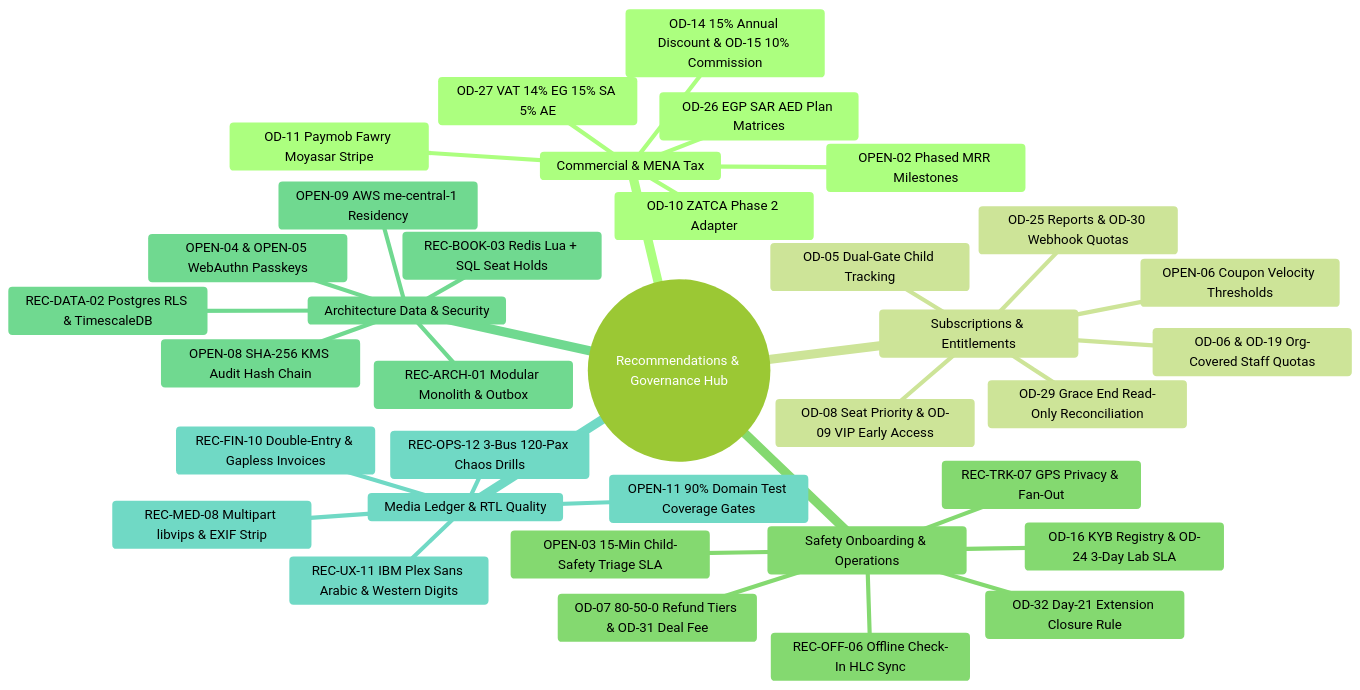
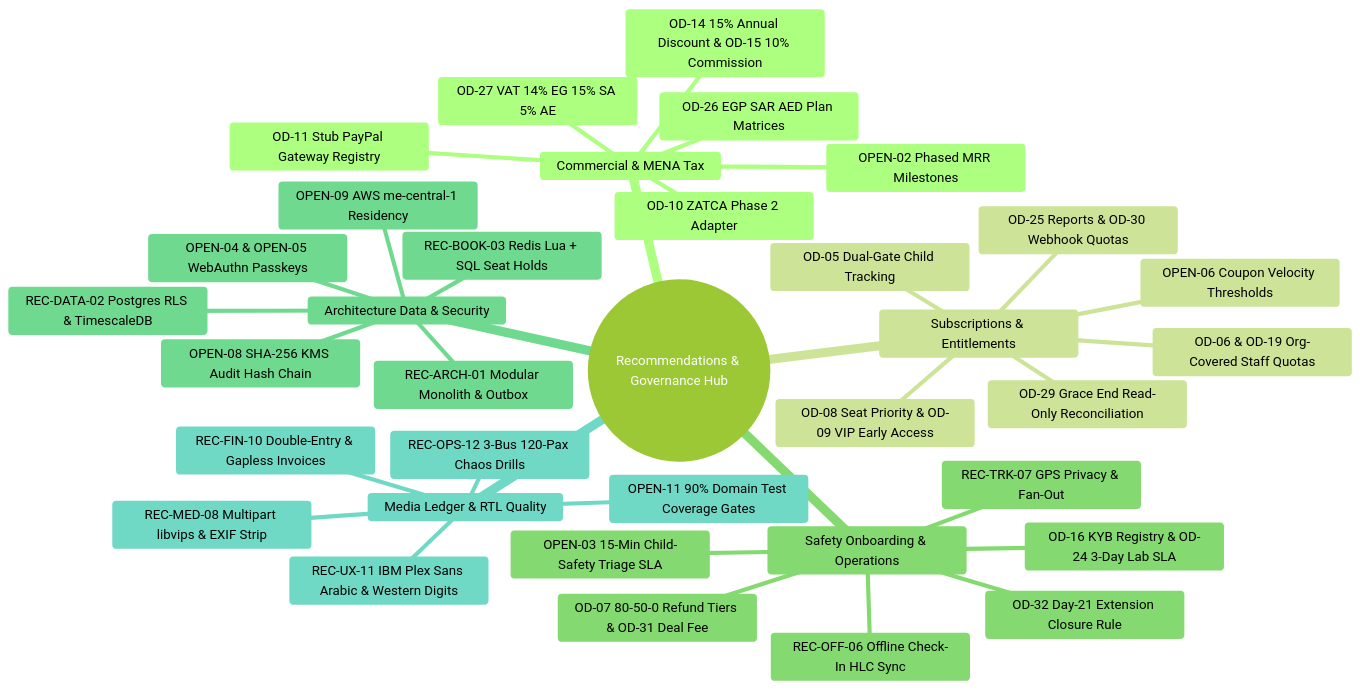
The diagram in content/docs/recommendations/index.mdx (mohamedhabibwork/trips-enjoy-docs), drawn with Mermaid (forest theme) before and after one commit. The commit also changed other lines of this file and 117 other files, not shown here.

````diff
--- a/content/docs/recommendations/index.mdx
+++ b/content/docs/recommendations/index.mdx
@@ -64,38 +64,38 @@
 ```mermaid
 mindmap
   root(("Recommendations & Governance Hub"))
     Commercial & MENA Tax
       OD-26 EGP SAR AED Plan Matrices
       OD-27 VAT 14% EG 15% SA 5% AE
       OD-10 ZATCA Phase 2 Adapter
-      OD-11 Paymob Fawry Moyasar Stripe
+      OD-11 Stub PayPal Gateway Registry
       OD-14 15% Annual Discount & OD-15 10% Commission
       OPEN-02 Phased MRR Milestones
     Subscriptions & Entitlements
       OD-29 Grace End Read-Only Reconciliation
       OD-05 Dual-Gate Child Tracking
       OD-06 & OD-19 Org-Covered Staff Quotas
       OD-08 Seat Priority & OD-09 VIP Early Access
       OD-25 Reports & OD-30 Webhook Quotas
       OPEN-06 Coupon Velocity Thresholds
     Safety Onboarding & Operations
       OD-32 Day-21 Extension Closure Rule
       OPEN-03 15-Min Child-Safety Triage SLA
       OD-07 80-50-0 Refund Tiers & OD-31 Deal Fee
       OD-16 KYB Registry & OD-24 3-Day Lab SLA
       REC-OFF-06 Offline Check-In HLC Sync
       REC-TRK-07 GPS Privacy & Fan-Out
     Architecture Data & Security
       REC-ARCH-01 Modular Monolith & Outbox
       REC-DATA-02 Postgres RLS & TimescaleDB
       REC-BOOK-03 Redis Lua + SQL Seat Holds
       OPEN-08 SHA-256 KMS Audit Hash Chain
       OPEN-09 AWS me-central-1 Residency
       OPEN-04 & OPEN-05 WebAuthn Passkeys
     Media Ledger & RTL Quality
       REC-MED-08 Multipart libvips & EXIF Strip
       REC-FIN-10 Double-Entry & Gapless Invoices
       REC-UX-11 IBM Plex Sans Arabic & Western Digits
       OPEN-11 90% Domain Test Coverage Gates
       REC-OPS-12 3-Bus 120-Pax Chaos Drills
 ```
````
